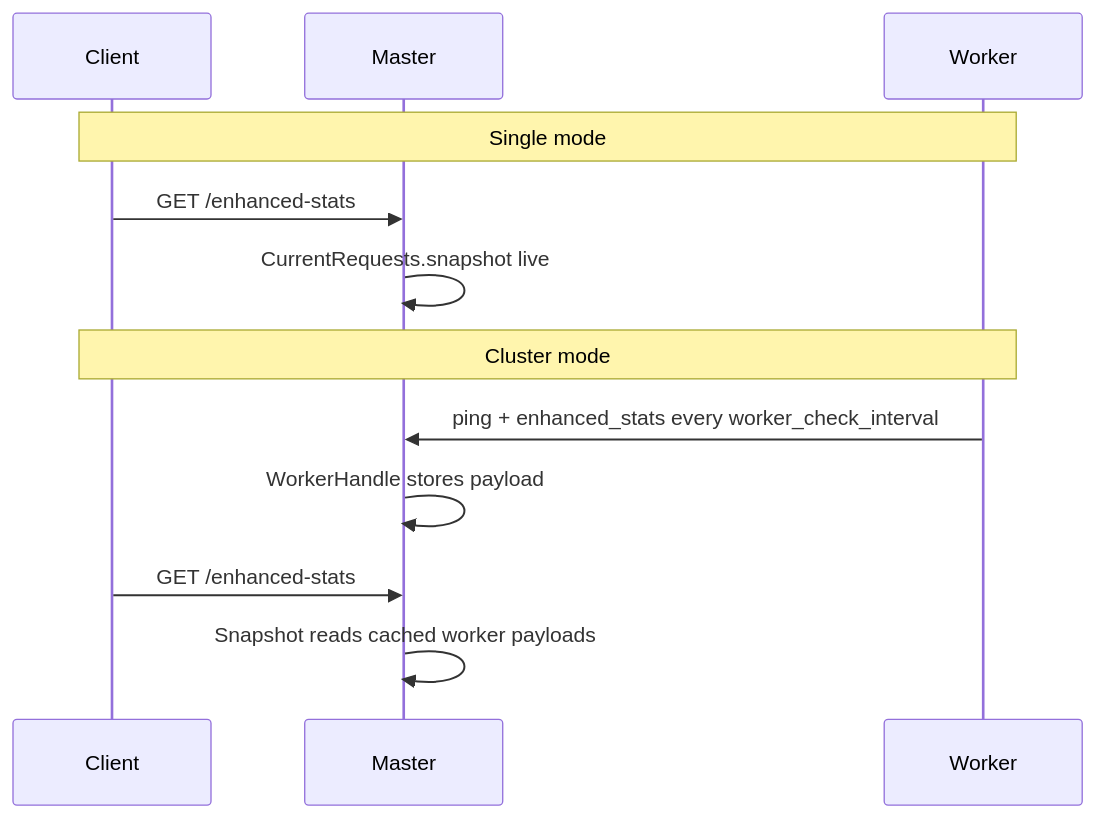
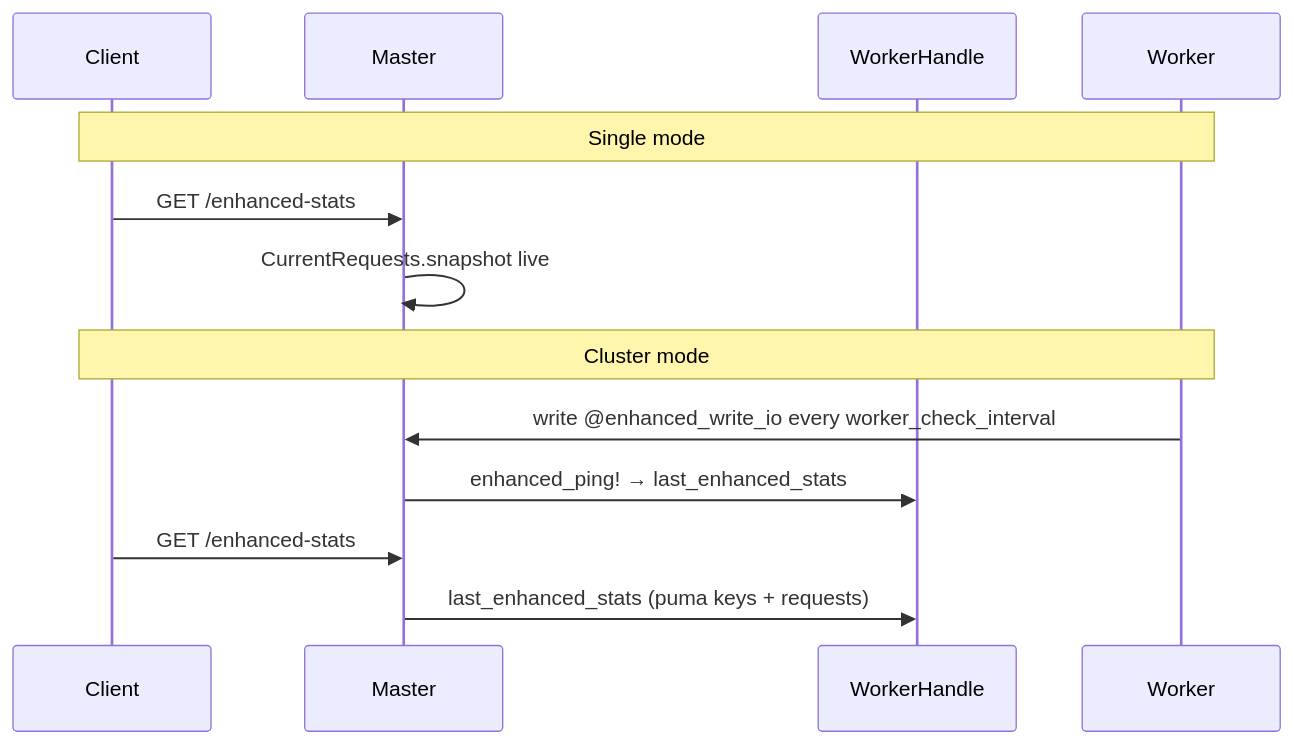
Before and after one commit to smart-sgisistemas/puma-enhanced-stats: the diagram in docs/json-contract.md, drawn with Mermaid. The commit also changed other lines of this file and 40 other files, not shown here.

````diff
--- a/docs/json-contract.md
+++ b/docs/json-contract.md
@@ -110,16 +100,17 @@
 ```mermaid
 sequenceDiagram
   participant Client
   participant Master
+  participant WH as WorkerHandle
   participant Worker
 
   Note over Client,Worker: Single mode
   Client->>Master: GET /enhanced-stats
   Master->>Master: CurrentRequests.snapshot live
 
   Note over Client,Worker: Cluster mode
-  Worker->>Master: ping + enhanced_stats every worker_check_interval
-  Master->>Master: WorkerHandle stores payload
+  Worker->>Master: write @enhanced_write_io every worker_check_interval
+  Master->>WH: enhanced_ping! → last_enhanced_stats
   Client->>Master: GET /enhanced-stats
-  Master->>Master: Snapshot reads cached worker payloads
+  Master->>WH: last_enhanced_stats (puma keys + requests)
 ```
````
